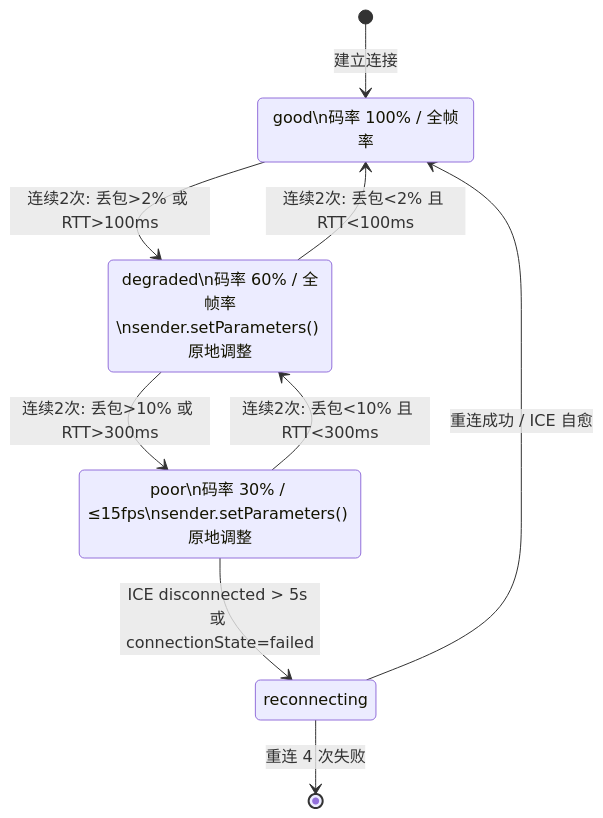
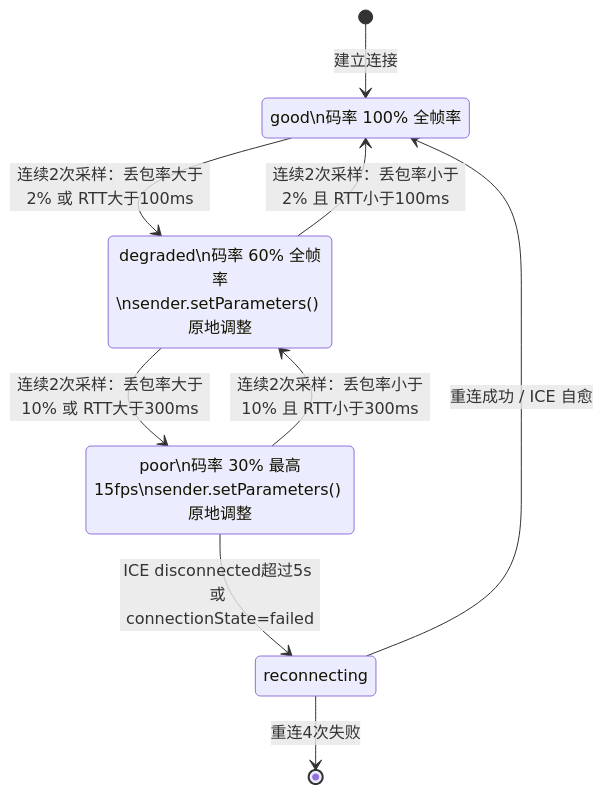
Before and after one commit to fancrystal/liveWebH5: the third of 15 diagrams in docs/progress-report-streaming-module.md, drawn with Mermaid. The commit also changed other lines of this file, not shown here.

Commit message:
docs: 修复汇报文档中所有 Mermaid 语法错误

````diff
--- a/docs/progress-report-streaming-module.md
+++ b/docs/progress-report-streaming-module.md
@@ -95,17 +95,17 @@
 ```mermaid
 stateDiagram-v2
     [*] --> good: 建立连接
 
-    good --> degraded: 连续2次: 丢包>2% 或 RTT>100ms
-    degraded --> good: 连续2次: 丢包<2% 且 RTT<100ms
-    degraded --> poor: 连续2次: 丢包>10% 或 RTT>300ms
-    poor --> degraded: 连续2次: 丢包<10% 且 RTT<300ms
+    good --> degraded: 连续2次采样：丢包率大于2% 或 RTT大于100ms
+    degraded --> good: 连续2次采样：丢包率小于2% 且 RTT小于100ms
+    degraded --> poor: 连续2次采样：丢包率大于10% 或 RTT大于300ms
+    poor --> degraded: 连续2次采样：丢包率小于10% 且 RTT小于300ms
 
-    good: good\n码率 100% / 全帧率
-    degraded: degraded\n码率 60% / 全帧率\nsender.setParameters() 原地调整
-    poor: poor\n码率 30% / ≤15fps\nsender.setParameters() 原地调整
+    good: good\n码率 100% 全帧率
+    degraded: degraded\n码率 60% 全帧率\nsender.setParameters() 原地调整
+    poor: poor\n码率 30% 最高15fps\nsender.setParameters() 原地调整
 
-    poor --> reconnecting: ICE disconnected > 5s 或 connectionState=failed
+    poor --> reconnecting: ICE disconnected超过5s 或 connectionState=failed
     reconnecting --> good: 重连成功 / ICE 自愈
-    reconnecting --> [*]: 重连 4 次失败
+    reconnecting --> [*]: 重连4次失败
 ```
````
